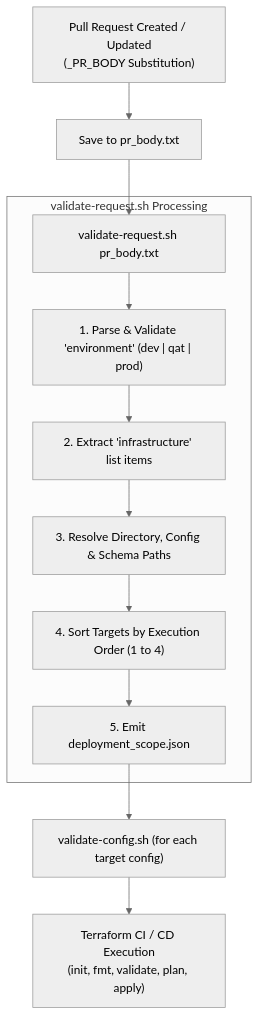
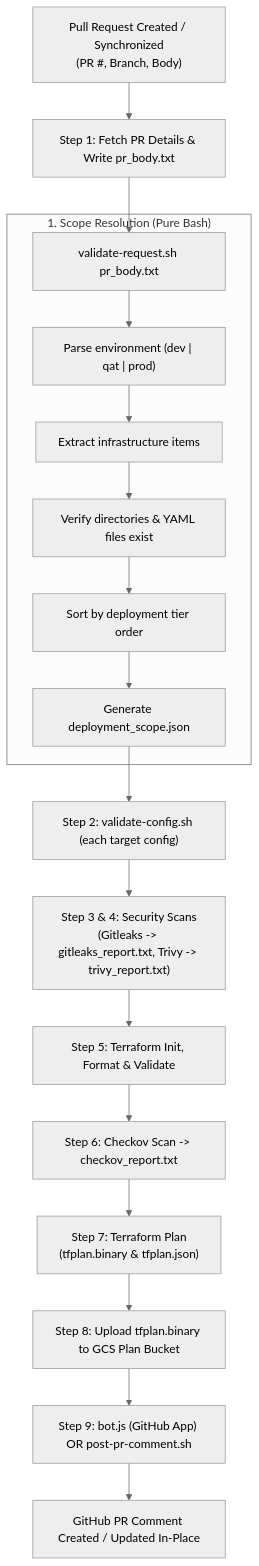
One commit to yuva-cloud-devops/gcp-platform-foundation-terraform changed the diagram in cloudbuild-pipelines/scripts/README.md. Above: the diagram before and after it, drawn with Mermaid (neutral theme). The commit also changed other lines of this file and 8 other files, not shown here.

Commit message:
feat: initialize gcp platform foundation terraform infrastructure and pipelines

````diff
--- a/cloudbuild-pipelines/scripts/README.md
+++ b/cloudbuild-pipelines/scripts/README.md
@@ -41,16 +52,22 @@
 ```mermaid
 flowchart TD
-    PR["Pull Request Created / Updated<br/>(_PR_BODY Substitution)"] --> S1["Save to pr_body.txt"]
+    PR["Pull Request Created / Synchronized<br/>(PR #, Branch, Body)"] --> S1["Step 1: Fetch PR Details & Write pr_body.txt"]
     S1 --> S2["validate-request.sh pr_body.txt"]
     
-    subgraph Validation ["validate-request.sh Processing"]
-        S2 --> P1["1. Parse & Validate 'environment' (dev | qat | prod)"]
-        P1 --> P2["2. Extract 'infrastructure' list items"]
-        P2 --> P3["3. Resolve Directory, Config & Schema Paths"]
-        P3 --> P4["4. Sort Targets by Execution Order (1 to 4)"]
-        P4 --> P5["5. Emit deployment_scope.json"]
+    subgraph ScopeValidation ["1. Scope Resolution (Pure Bash)"]
+        S2 --> P1["Parse environment (dev | qat | prod)"]
+        P1 --> P2["Extract infrastructure items"]
+        P2 --> P3["Verify directories & YAML files exist"]
+        P3 --> P4["Sort by deployment tier order"]
+        P4 --> P5["Generate deployment_scope.json"]
     end
     
-    P5 --> S3["validate-config.sh (for each target config)"]
-    S3 --> S4["Terraform CI / CD Execution<br/>(init, fmt, validate, plan, apply)"]
+    P5 --> S3["Step 2: validate-config.sh (each target config)"]
+    S3 --> S4["Step 3 & 4: Security Scans<br/>(Gitleaks -> gitleaks_report.txt, Trivy -> trivy_report.txt)"]
+    S4 --> S5["Step 5: Terraform Init, Format & Validate"]
+    S5 --> S6["Step 6: Checkov Scan -> checkov_report.txt"]
+    S6 --> S7["Step 7: Terraform Plan<br/>(tfplan.binary & tfplan.json)"]
+    S7 --> S8["Step 8: Upload tfplan.binary to GCS Plan Bucket"]
+    S8 --> S9["Step 9: bot.js (GitHub App) OR post-pr-comment.sh"]
+    S9 --> S10["GitHub PR Comment Created / Updated In-Place"]
 ```
````
